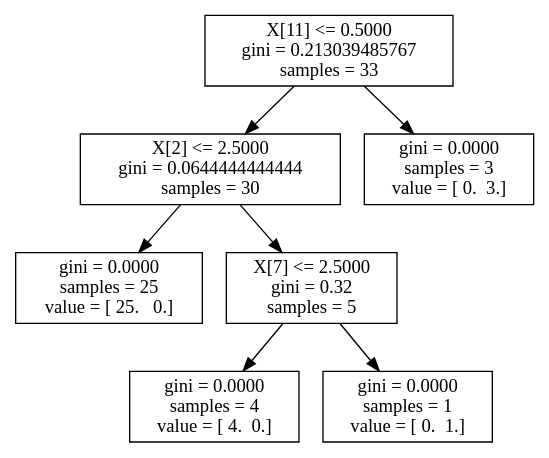
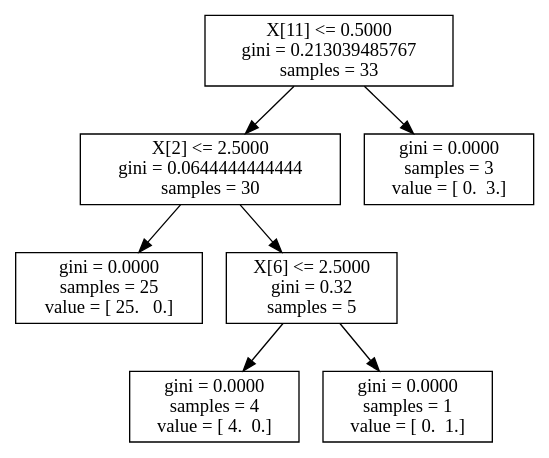
One commit to akeshavan/myscripts changed the diagram in neurosurgery_trees/shortOPTIC.dot. Above: the diagram before and after it, drawn with Graphviz. The commit also changed 22 other files, not shown here.

```diff
--- a/neurosurgery_trees/shortOPTIC.dot
+++ b/neurosurgery_trees/shortOPTIC.dot
@@ -1,15 +1,15 @@
 digraph Tree {
 0 [label="X[11] <= 0.5000\ngini = 0.213039485767\nsamples = 33", shape="box"] ;
 1 [label="X[2] <= 2.5000\ngini = 0.0644444444444\nsamples = 30", shape="box"] ;
 0 -> 1 ;
 2 [label="gini = 0.0000\nsamples = 25\nvalue = [ 25.   0.]", shape="box"] ;
 1 -> 2 ;
-3 [label="X[7] <= 2.5000\ngini = 0.32\nsamples = 5", shape="box"] ;
+3 [label="X[6] <= 2.5000\ngini = 0.32\nsamples = 5", shape="box"] ;
 1 -> 3 ;
 4 [label="gini = 0.0000\nsamples = 4\nvalue = [ 4.  0.]", shape="box"] ;
 3 -> 4 ;
 5 [label="gini = 0.0000\nsamples = 1\nvalue = [ 0.  1.]", shape="box"] ;
 3 -> 5 ;
 6 [label="gini = 0.0000\nsamples = 3\nvalue = [ 0.  3.]", shape="box"] ;
 0 -> 6 ;
 }
```
